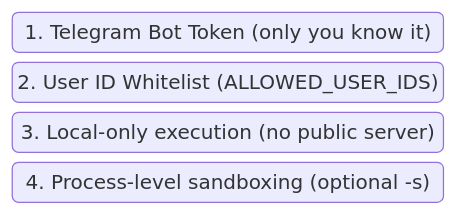
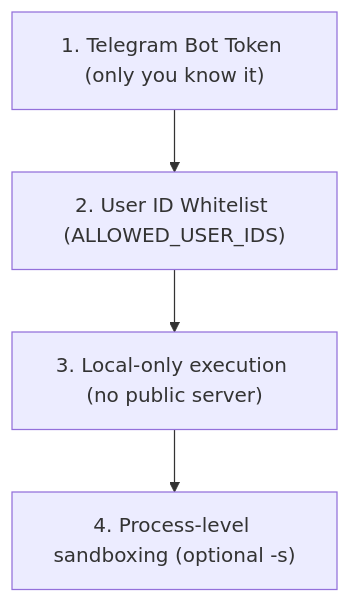
Before and after one commit to VitruvianSoftware/vitruvian-core: the sixth of 6 diagrams in apps/desktop/vitruvian-code/README.md, drawn with Mermaid. The commit also changed other lines of this file and 22 other files, not shown here.

````diff
--- a/apps/desktop/vitruvian-code/README.md
+++ b/apps/desktop/vitruvian-code/README.md
@@ -164,8 +156,6 @@
 ```mermaid
-block-beta
-    columns 1
-    A("1. Telegram Bot Token (only you know it)"):1
-    B("2. User ID Whitelist (ALLOWED_USER_IDS)"):1
-    C("3. Local-only execution (no public server)"):1
-    D("4. Process-level sandboxing (optional -s)"):1
+flowchart TD
+    A["1. Telegram Bot Token (only you know it)"] --> B["2. User ID Whitelist (ALLOWED_USER_IDS)"]
+    B --> C["3. Local-only execution (no public server)"]
+    C --> D["4. Process-level sandboxing (optional -s)"]
 ```
````
